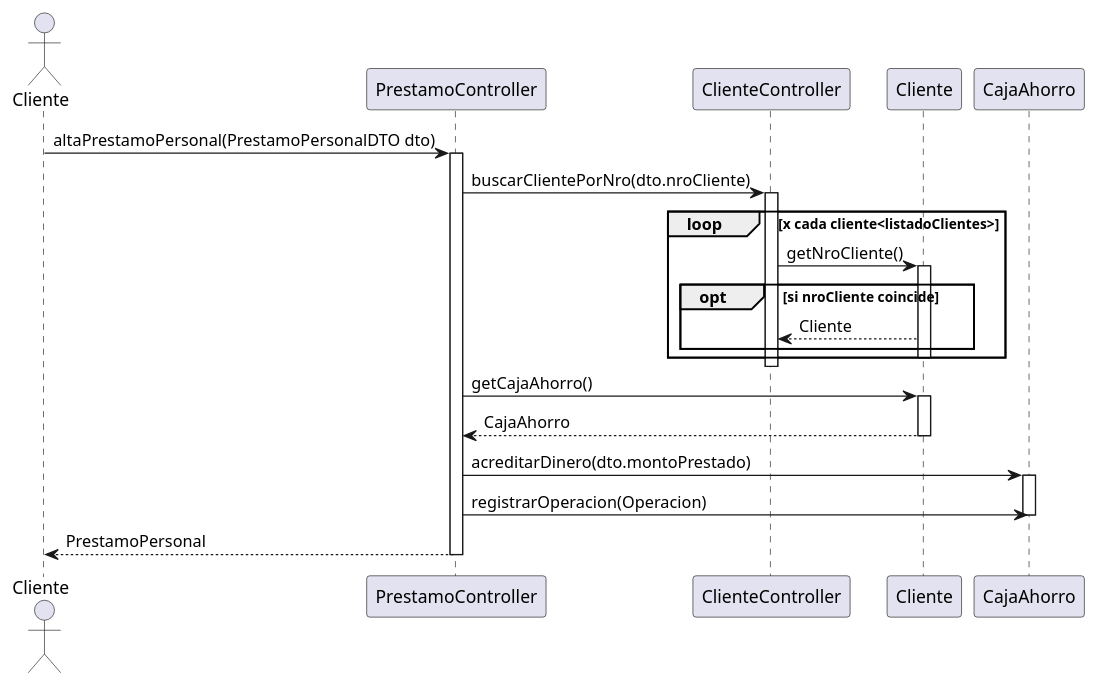
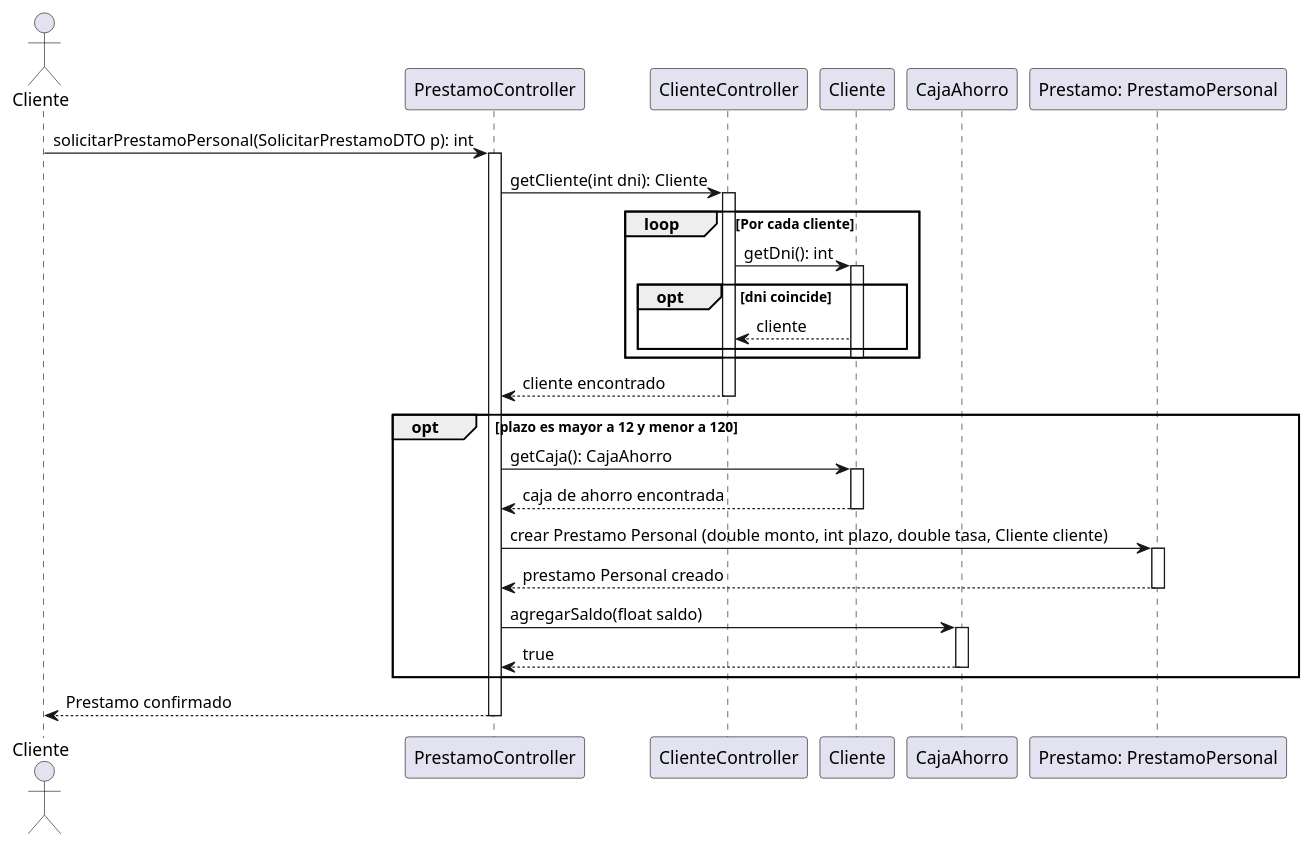
Before and after one commit to CoachEmilio/FinalAdelantadoPOO: the diagram in src/main/java/org/uade/diagrams/SolicitarPrestamoPersonal.puml, drawn with PlantUML. The commit also changed 1 other file, not shown here.

Commit message:
Refactor Class diagram & Sequence diagram PrestamoPersonal

```diff
--- a/src/main/java/org/uade/diagrams/SolicitarPrestamoPersonal.puml
+++ b/src/main/java/org/uade/diagrams/SolicitarPrestamoPersonal.puml
@@ -1,37 +1,46 @@
 @startuml
 actor Cliente
 participant "PrestamoController" as PC
 participant "ClienteController" as CC
 participant "Cliente" as C
 participant "CajaAhorro" as CA
+participant "Prestamo: PrestamoPersonal" as P
 
-Cliente -> PC: altaPrestamoPersonal(PrestamoPersonalDTO dto)
+Cliente -> PC: solicitarPrestamoPersonal(SolicitarPrestamoDTO p): int
 activate PC
 
-PC -> CC: buscarClientePorNro(dto.nroCliente)
+PC -> CC: getCliente(int dni): Cliente
 activate CC
 
-loop x cada cliente<listadoClientes>
-    CC -> C: getNroCliente()
+loop Por cada cliente
+    CC -> C: getDni(): int
     activate C
-    opt si nroCliente coincide
-        CC <-- C: Cliente
+    opt dni coincide
+        CC <-- C: cliente
     end
     deactivate C
 end
+
+CC --> PC: cliente encontrado
 deactivate CC
 
-PC -> C: getCajaAhorro()
-activate C
-C --> PC: CajaAhorro
-deactivate C
+opt plazo es mayor a 12 y menor a 120
+    PC -> C: getCaja(): CajaAhorro
+    activate C
+    C --> PC: caja de ahorro encontrada
+    deactivate C
 
-PC -> CA: acreditarDinero(dto.montoPrestado)
-activate CA
+    PC -> P: crear Prestamo Personal (double monto, int plazo, double tasa, Cliente cliente)
+    activate P
+    PC <-- P: prestamo Personal creado
+    deactivate P
 
-PC -> CA: registrarOperacion(Operacion)
-deactivate CA
+    PC -> CA: agregarSaldo(float saldo)
+    activate CA
+    CA --> PC: true
+    deactivate CA
+end
 
-PC --> Cliente: PrestamoPersonal
+PC --> Cliente: Prestamo confirmado
 deactivate PC
 @enduml
```
